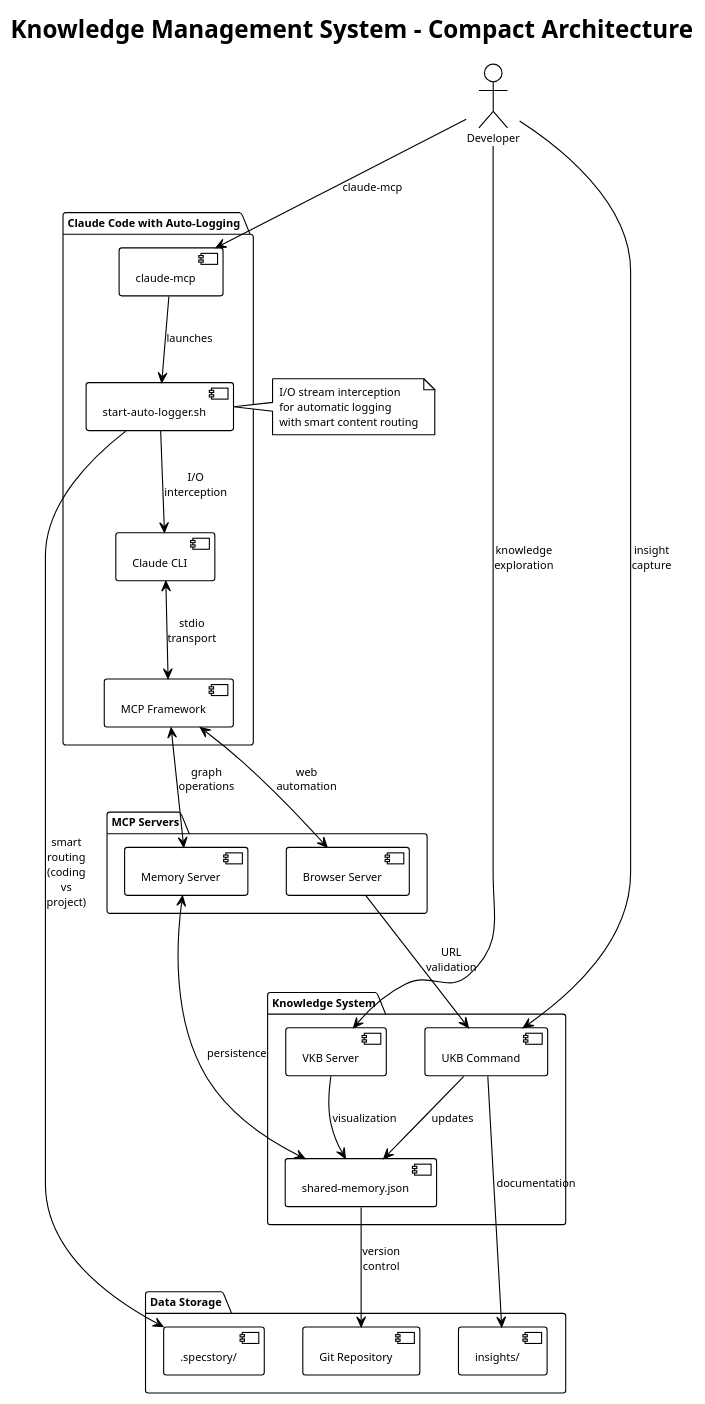
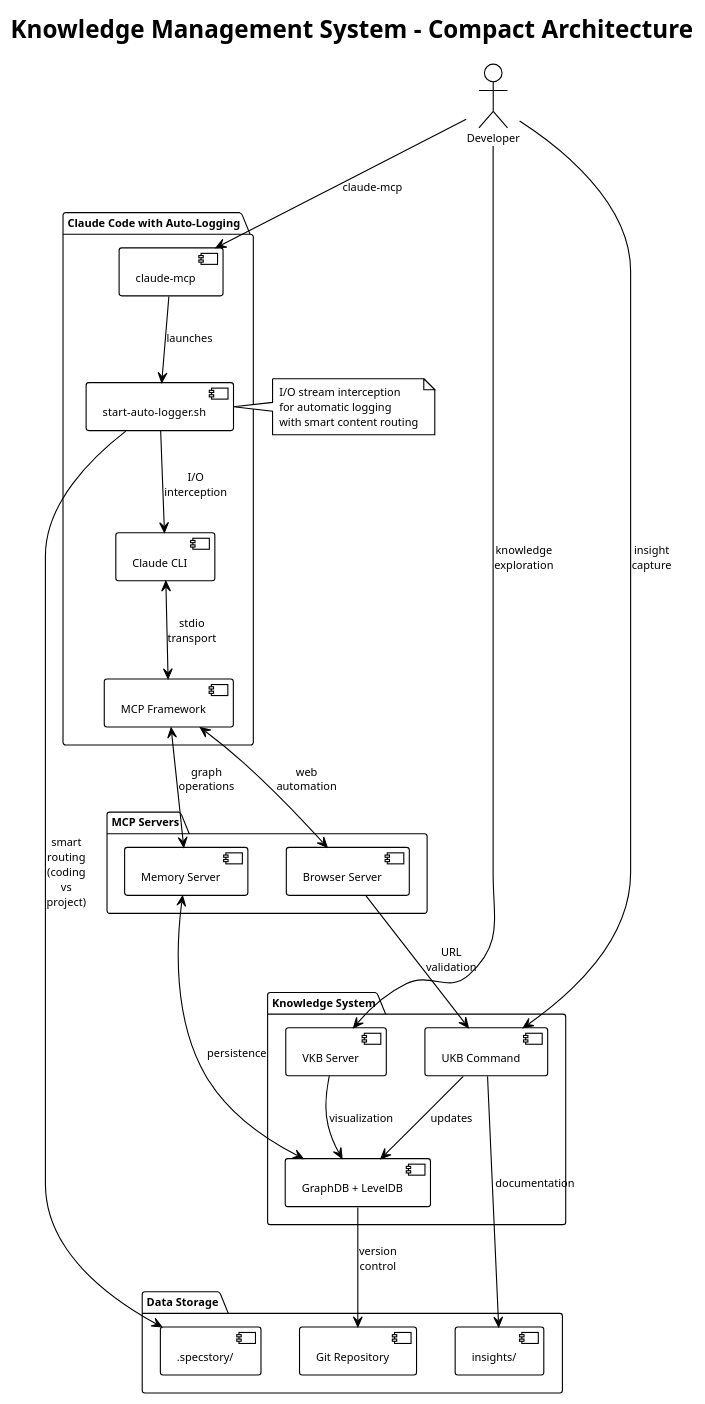
Before and after one commit to fwornle/coding: the diagram in knowledge-management/insights/puml/mcp-integration-compact.puml, drawn with PlantUML. The commit also changed 73 other files, not shown here.

Commit message:
fix: shared-memory-*.json clean-up (across entire codebase)

```diff
--- a/knowledge-management/insights/puml/mcp-integration-compact.puml
+++ b/knowledge-management/insights/puml/mcp-integration-compact.puml
@@ -1,62 +1,62 @@
 @startuml mcp-integration-compact
 !theme plain
 skinparam backgroundColor white
 skinparam defaultFontSize 10
 skinparam maxMessageSize 40
 
 title Knowledge Management System - Compact Architecture
 
 top to bottom direction
 
 package "Claude Code with Auto-Logging" as ClaudeEnv {
     [claude-mcp] as CLI
     [start-auto-logger.sh] as Logger
     [Claude CLI] as Claude
     [MCP Framework] as MCP
 }
 
 package "MCP Servers" as Servers {
     [Browser Server] as Browser  
     [Memory Server] as Memory
 }
 
 package "Knowledge System" as KnowledgeSystem {
     [UKB Command] as UKB
     [VKB Server] as VKB
-    [shared-memory.json] as SharedMem
+    [GraphDB + LevelDB] as SharedMem
 }
 
 package "Data Storage" as Storage {
     [.specstory/] as SpecStory
     [insights/] as Insights
     [Git Repository] as Git
 }
 
 ' I/O Interception Flow
 CLI --> Logger : launches
 Logger --> Claude : I/O interception
 Claude <--> MCP : stdio transport
 
 ' MCP Connections
 MCP <--> Browser : web automation
 MCP <--> Memory : graph operations
 
 ' Logging Flow
 Logger --> SpecStory : smart routing\n(coding vs project)
 Browser --> UKB : URL validation
 Memory <--> SharedMem : persistence
 
 ' Knowledge Flow
 UKB --> SharedMem : updates
 VKB --> SharedMem : visualization
 UKB --> Insights : documentation
 SharedMem --> Git : version control
 
 actor Developer as Dev
 Dev --> CLI : claude-mcp
 Dev --> UKB : insight capture
 Dev --> VKB : knowledge exploration
 
 note right of Logger : I/O stream interception\nfor automatic logging\nwith smart content routing
 
 @enduml
```
